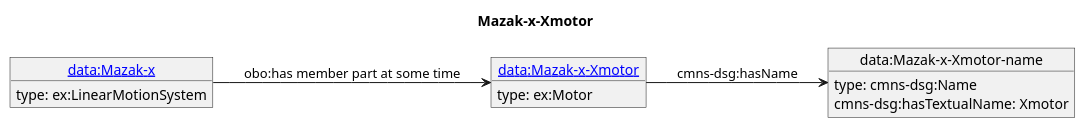
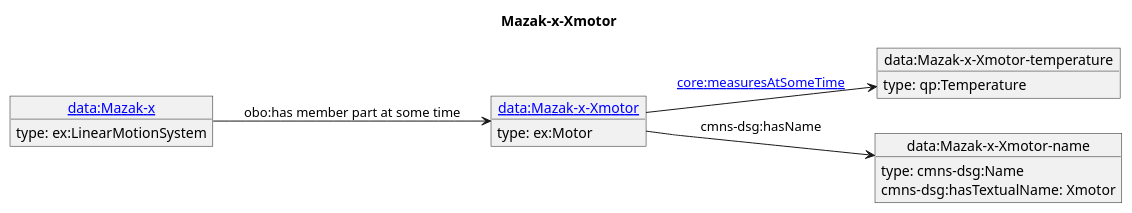
Before and after one commit to iofoundry/example-syseng-mtconnect: the diagram in diagrams/Mazak-x-Xmotor.puml, drawn with PlantUML. The commit also changed 25 other files, not shown here.

```diff
--- a/diagrams/Mazak-x-Xmotor.puml
+++ b/diagrams/Mazak-x-Xmotor.puml
@@ -1,17 +1,21 @@
 @startuml
 skinparam linetype polyline
 left to right direction
 title Mazak-x-Xmotor
 object "[[./Mazak-x-Xmotor.html data:Mazak-x-Xmotor]]" as o1 {
  type: ex:Motor 
 }
-object "data:Mazak-x-Xmotor-name" as o2 {
+object "data:Mazak-x-Xmotor-temperature" as o2 {
+ type: qp:Temperature 
+}
+object "data:Mazak-x-Xmotor-name" as o3 {
  type: cmns-dsg:Name 
 }
-object "[[./Mazak-x.html data:Mazak-x]]" as o3 {
+object "[[./Mazak-x.html data:Mazak-x]]" as o4 {
  type: ex:LinearMotionSystem 
 }
-o1 --> o2 : cmns-dsg:hasName
-o2 : cmns-dsg:hasTextualName: Xmotor
-o3 --> o1 : obo:has member part at some time
+o1 --> o2 : [[https://spec.industrialontologies.org/ontology/core/Core/measuresAtSomeTime core:measuresAtSomeTime]]
+o1 --> o3 : cmns-dsg:hasName
+o3 : cmns-dsg:hasTextualName: Xmotor
+o4 --> o1 : obo:has member part at some time
 @enduml
```
